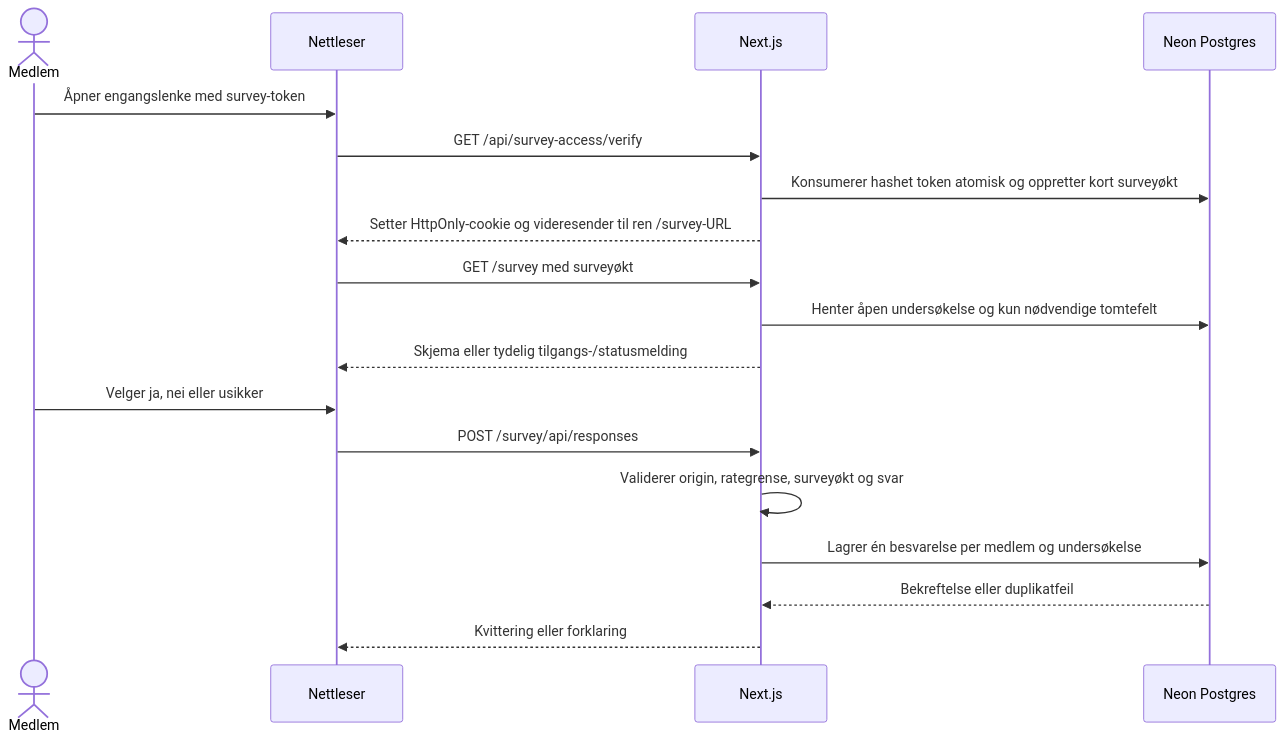
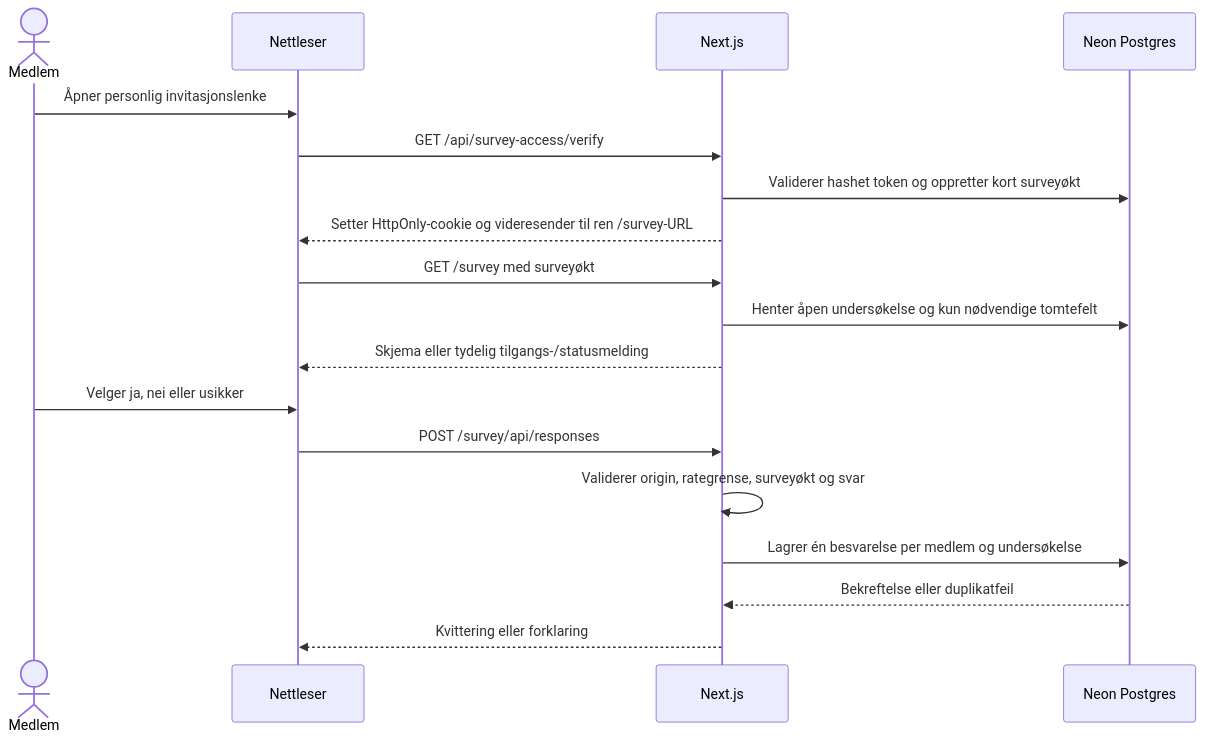
Before and after one commit to ibjohansen/tfv-poll: the third of 6 diagrams in README.md, drawn with Mermaid. The commit also changed other lines of this file and 12 other files, not shown here.

````diff
--- a/README.md
+++ b/README.md
@@ -217,21 +219,21 @@
 ```mermaid
 sequenceDiagram
   actor M as Medlem
   participant B as Nettleser
   participant A as Next.js
   participant D as Neon Postgres
 
-  M->>B: Åpner engangslenke med survey-token
+  M->>B: Åpner personlig invitasjonslenke
   B->>A: GET /api/survey-access/verify
-  A->>D: Konsumerer hashet token atomisk og oppretter kort surveyøkt
+  A->>D: Validerer hashet token og oppretter kort surveyøkt
   A-->>B: Setter HttpOnly-cookie og videresender til ren /survey-URL
   B->>A: GET /survey med surveyøkt
   A->>D: Henter åpen undersøkelse og kun nødvendige tomtefelt
   A-->>B: Skjema eller tydelig tilgangs-/statusmelding
   M->>B: Velger ja, nei eller usikker
   B->>A: POST /survey/api/responses
   A->>A: Validerer origin, rategrense, surveyøkt og svar
   A->>D: Lagrer én besvarelse per medlem og undersøkelse
   D-->>A: Bekreftelse eller duplikatfeil
   A-->>B: Kvittering eller forklaring
 ```
````
